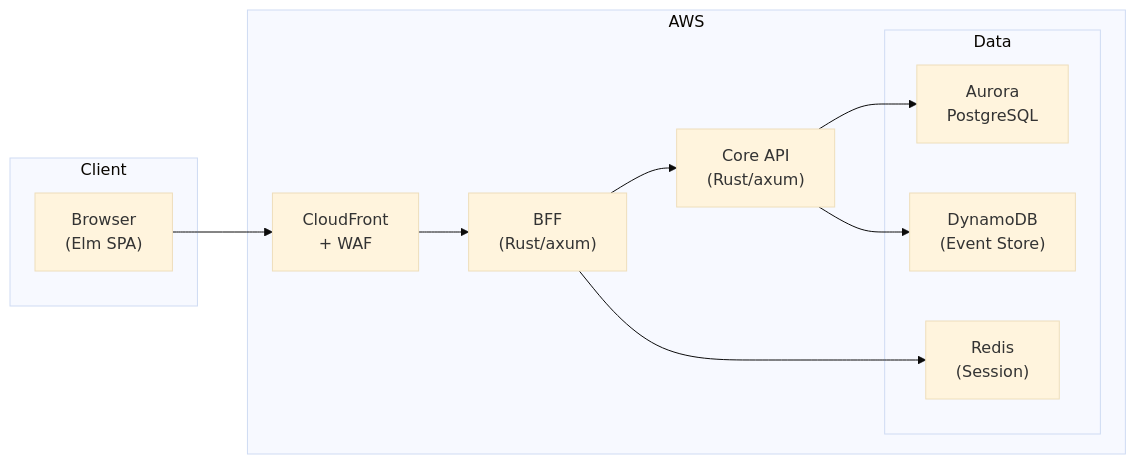
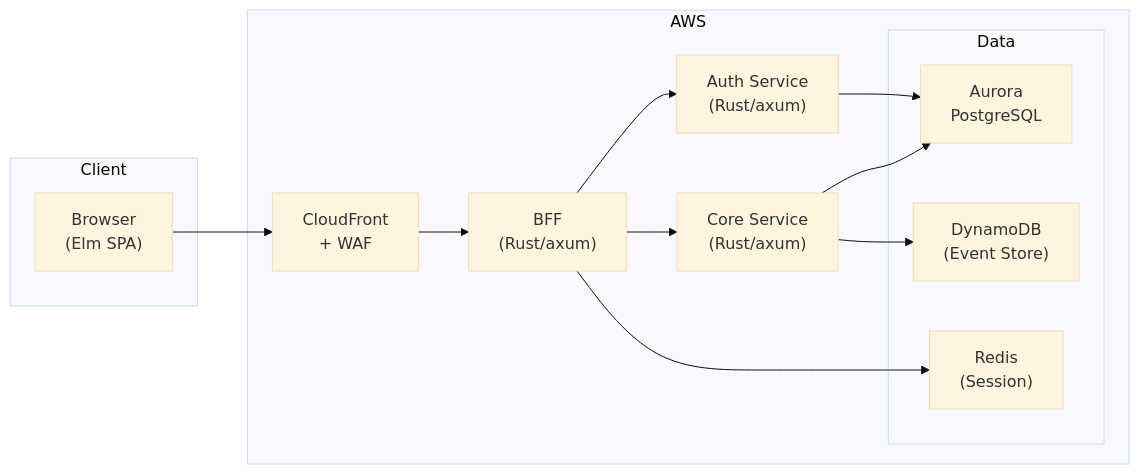
Before and after one commit to ka2kama/ringiflow: the diagram in README.md, drawn with Mermaid (base theme). The commit also changed other lines of this file and 55 other files, not shown here.

````diff
--- a/README.md
+++ b/README.md
@@ -55,24 +55,27 @@
 ```mermaid
 flowchart LR
     subgraph Client
         Browser["Browser\n(Elm SPA)"]
     end
 
     subgraph AWS
         CF["CloudFront\n+ WAF"]
         BFF["BFF\n(Rust/axum)"]
-        Core["Core API\n(Rust/axum)"]
+        Core["Core Service\n(Rust/axum)"]
+        Auth["Auth Service\n(Rust/axum)"]
 
         subgraph Data
             Aurora["Aurora\nPostgreSQL"]
             DynamoDB["DynamoDB\n(Event Store)"]
             Redis["Redis\n(Session)"]
         end
     end
 
     Browser --> CF --> BFF
     BFF --> Core
+    BFF --> Auth
     BFF --> Redis
     Core --> Aurora
     Core --> DynamoDB
+    Auth --> Aurora
 ```
````
